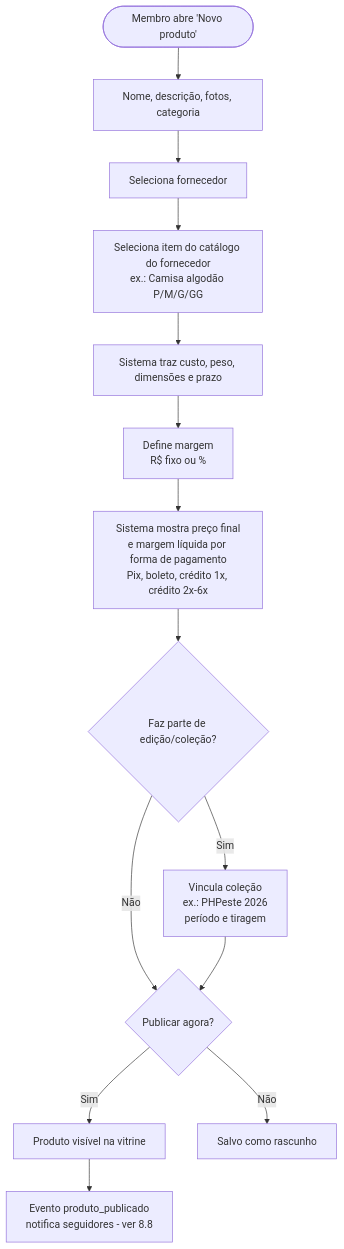
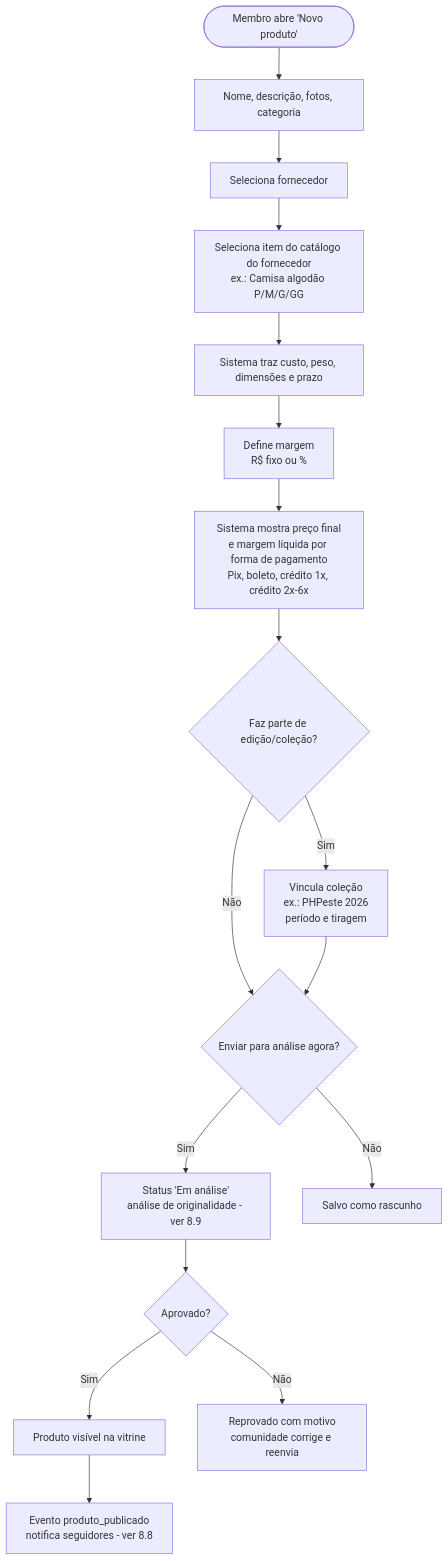
One commit to BdsOliveira/loja-tech-brasil changed the seventh of 28 diagrams in modelo-de-negocios.md. Above: the diagram before and after it, drawn with Mermaid. The commit also changed other lines of this file, not shown here.

````diff
--- a/modelo-de-negocios.md
+++ b/modelo-de-negocios.md
@@ -370,16 +438,19 @@
 ```mermaid
 flowchart TD
     A([Membro abre 'Novo produto']) --> B[Nome, descrição, fotos, categoria]
     B --> C[Seleciona fornecedor]
     C --> D[Seleciona item do catálogo do fornecedor<br/>ex.: Camisa algodão P/M/G/GG]
     D --> E[Sistema traz custo, peso, dimensões e prazo]
     E --> F[Define margem<br/>R$ fixo ou %]
     F --> G[Sistema mostra preço final<br/>e margem líquida por forma de pagamento<br/>Pix, boleto, crédito 1x, crédito 2x-6x]
     G --> H{Faz parte de edição/coleção?}
     H -- Sim --> I[Vincula coleção<br/>ex.: PHPeste 2026<br/>período e tiragem]
     H -- Não --> J
-    I --> J{Publicar agora?}
-    J -- Sim --> K[Produto visível na vitrine]
-    K --> K2[Evento produto_publicado<br/>notifica seguidores - ver 8.8]
+    I --> J{Enviar para análise agora?}
+    J -- Sim --> K[Status 'Em análise'<br/>análise de originalidade - ver 8.9]
+    K --> K1{Aprovado?}
+    K1 -- Sim --> K3[Produto visível na vitrine]
+    K3 --> K2[Evento produto_publicado<br/>notifica seguidores - ver 8.8]
+    K1 -- Não --> K4[Reprovado com motivo<br/>comunidade corrige e reenvia]
     J -- Não --> L[Salvo como rascunho]
 ```
````
